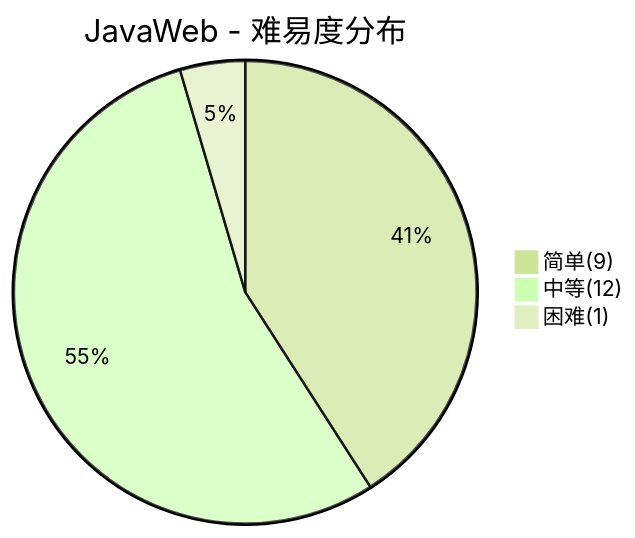
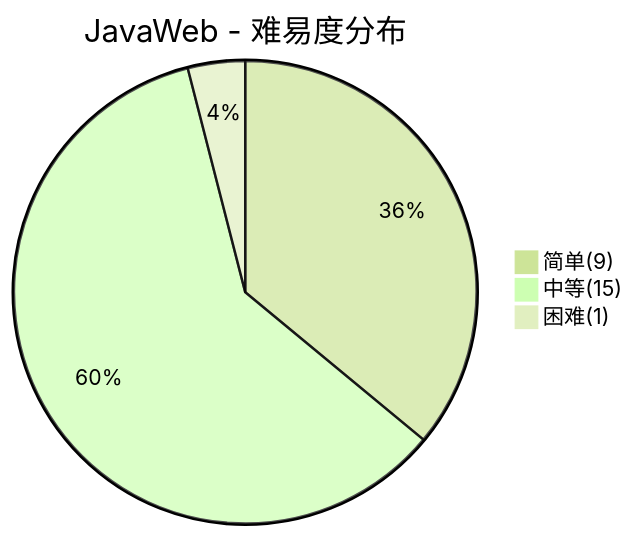
Before and after one commit to dunwu/waterdrop: the first of 6 diagrams in docs/99.面试/Java框架面试.md, drawn with Mermaid (forest theme). The commit also changed other lines of this file and 50 other files, not shown here.

````diff
--- a/docs/99.面试/Java框架面试.md
+++ b/docs/99.面试/Java框架面试.md
@@ -28,6 +28,6 @@
 ```mermaid
 pie title JavaWeb - 难易度分布
     "简单(9)" : 9
-    "中等(12)" : 12
+    "中等(15)" : 15
     "困难(1)" : 1
 ```
````
